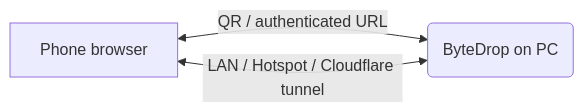
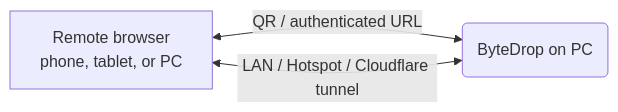
Before and after one commit to HusseinWalid48/ByteDrop: the diagram in README.md, drawn with Mermaid. The commit also changed other lines of this file, not shown here.

Commit message:
Clarify README: works with any browser, not just phones

````diff
--- a/README.md
+++ b/README.md
@@ -40,5 +40,5 @@
 ```mermaid
 graph LR
-    A[Phone browser] <--QR / authenticated URL--> B(ByteDrop on PC)
+    A[Remote browser<br/>phone, tablet, or PC] <--QR / authenticated URL--> B(ByteDrop on PC)
     B <--LAN / Hotspot / Cloudflare tunnel--> A
 ```
````
